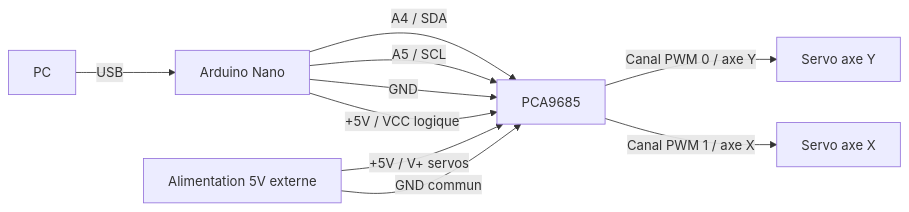
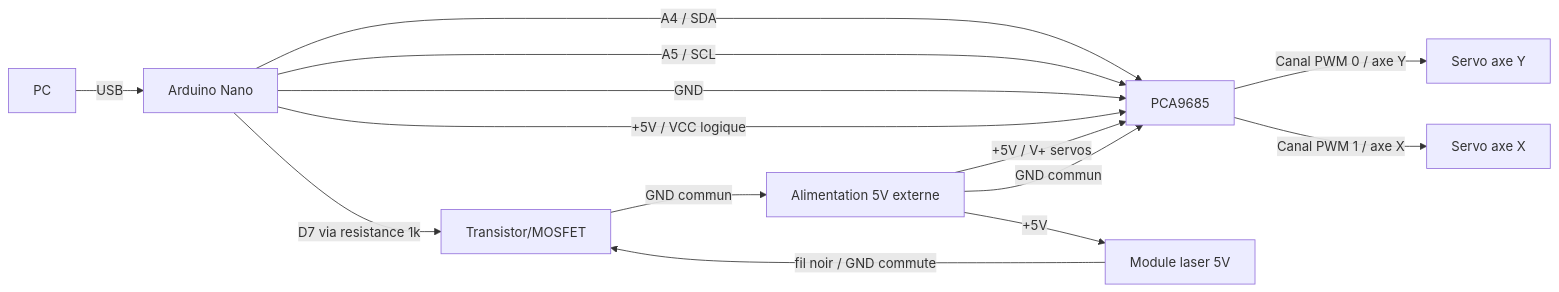
One commit to eehgold/lockon changed the diagram in readme.md. Above: the diagram before and after it, drawn with Mermaid. The commit also changed other lines of this file and 7 other files, not shown here.

````diff
--- a/readme.md
+++ b/readme.md
@@ -56,22 +59,29 @@
 ```mermaid
 flowchart LR
     PC[PC]
     ARD[Arduino Nano]
     PCA[PCA9685]
     PSU[Alimentation 5V externe]
     S1[Servo axe Y]
     S2[Servo axe X]
+    Q1[Transistor/MOSFET]
+    LASER[Module laser 5V]
 
     PC -->|USB| ARD
 
     ARD -->|A4 / SDA| PCA
     ARD -->|A5 / SCL| PCA
     ARD -->|GND| PCA
     ARD -->|+5V / VCC logique| PCA
 
     PSU -->|+5V / V+ servos| PCA
     PSU -->|GND commun| PCA
 
     PCA -->|Canal PWM 0 / axe Y| S1
     PCA -->|Canal PWM 1 / axe X| S2
+
+    ARD -->|D7 via resistance 1k| Q1
+    PSU -->|+5V| LASER
+    LASER -->|fil noir / GND commute| Q1
+    Q1 -->|GND commun| PSU
 ```
````
